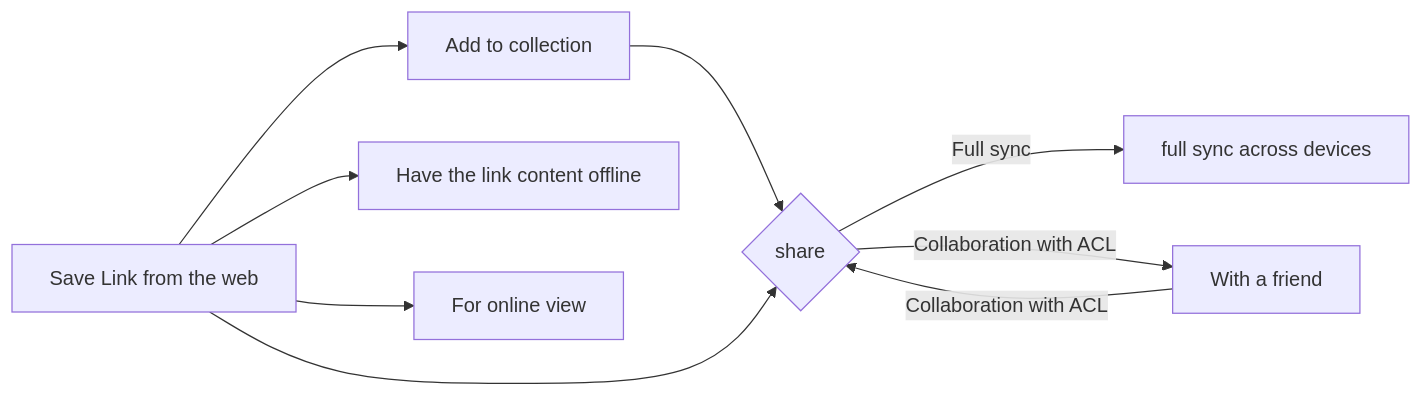
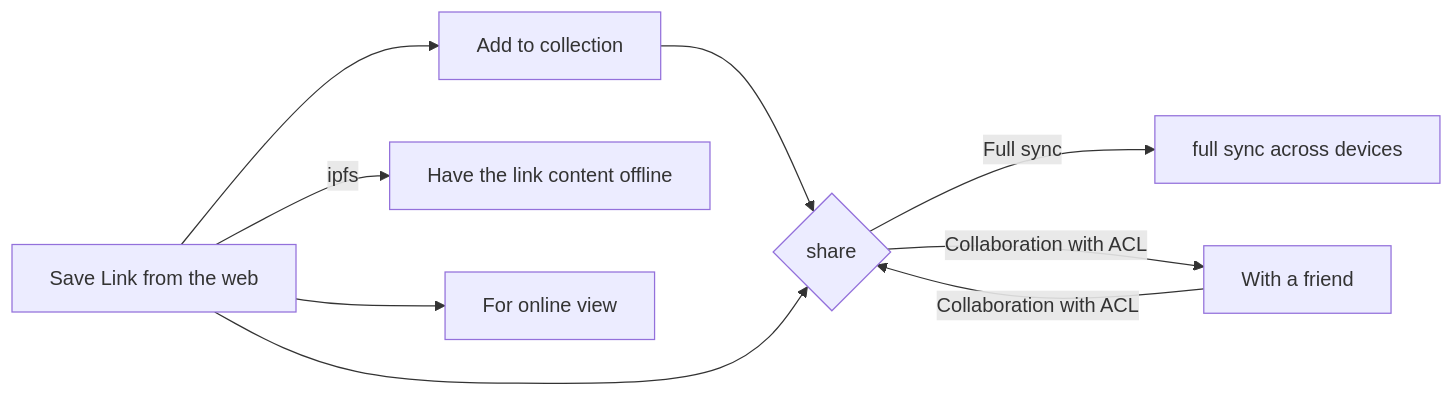
Before and after one commit to woss/elmo: the diagram in README.md, drawn with Mermaid.

````diff
--- a/README.md
+++ b/README.md
@@ -12,11 +12,11 @@
 ```mermaid
 
 graph LR
     link[Save Link from the web] --> coll[Add to collection] --> share{share}
     share -- Full sync --> me[full sync across devices]
     link --> share
-    link -->  offline[Have the link content offline]
+    link -- ipfs -->  offline[Have the link content offline]
     link --> online[For online view]
     share -- Collaboration with ACL --> friend[With a friend]
     friend -- Collaboration with ACL --> share
 ```
````
